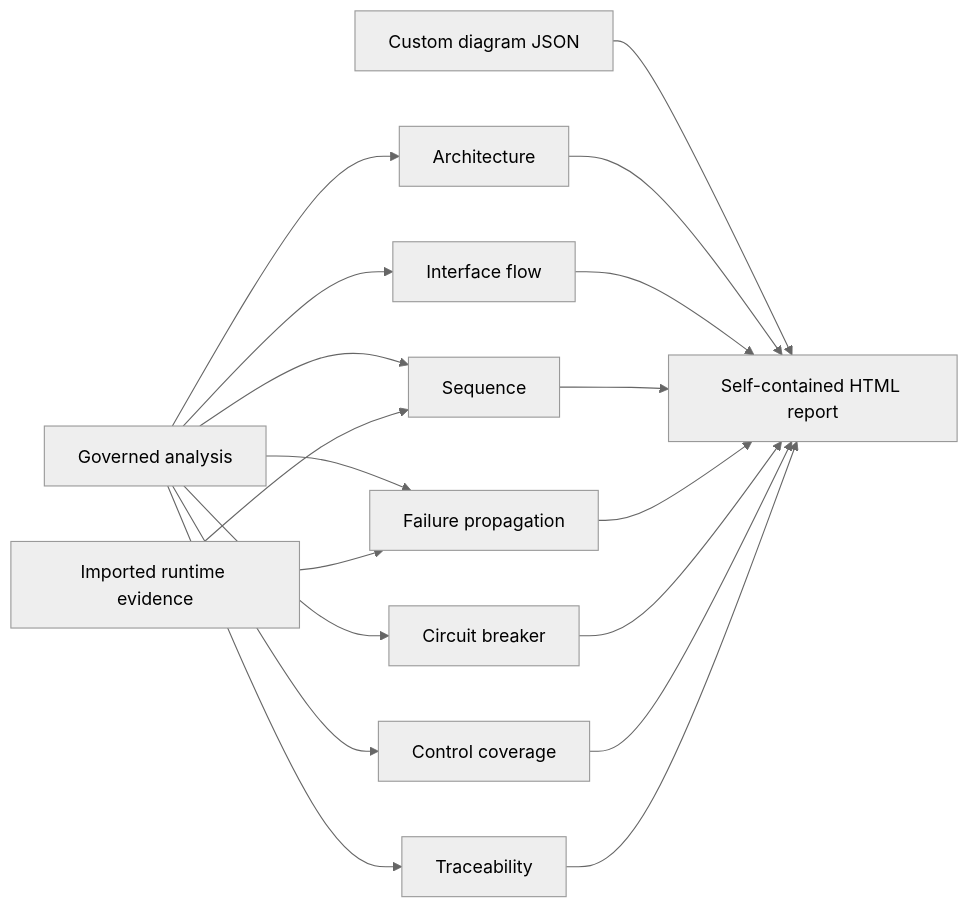
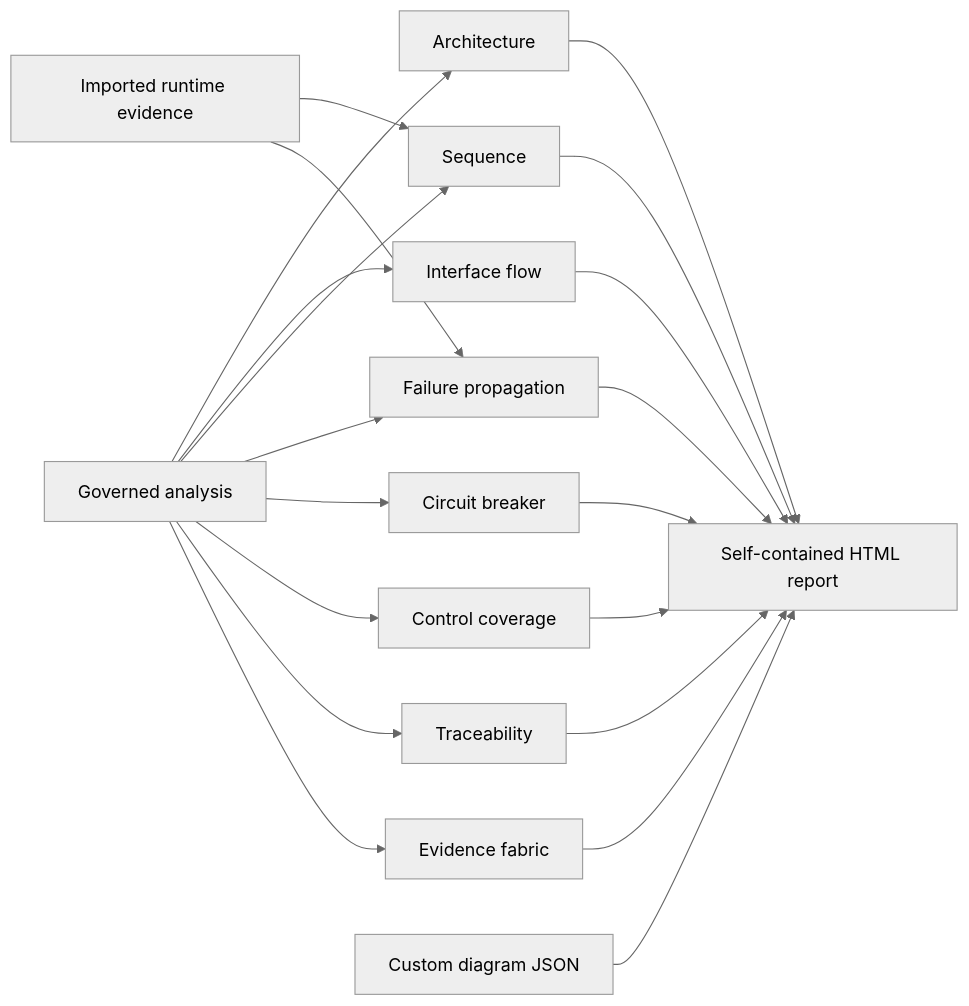
The diagram in docs/DIAGRAMS.md (willtran87/project-py-sfmea), drawn with Mermaid (neutral theme) before and after one commit. The commit also changed other lines of this file and 17 other files, not shown here.

Commit message:
Add verifiable cross-reference evidence fabric

````diff
--- a/docs/DIAGRAMS.md
+++ b/docs/DIAGRAMS.md
@@ -13,20 +13,22 @@
 ```mermaid
 flowchart LR
     A["Governed analysis"] --> AR["Architecture"]
     A --> IF["Interface flow"]
     A --> SQ["Sequence"]
     A --> FP["Failure propagation"]
     A --> CB["Circuit breaker"]
     A --> CC["Control coverage"]
     A --> TR["Traceability"]
+    A --> XR["Evidence fabric"]
     RT["Imported runtime evidence"] --> SQ
     RT --> FP
     CT["Custom diagram JSON"] --> RP["Self-contained HTML report"]
     AR --> RP
     IF --> RP
     SQ --> RP
     FP --> RP
     CB --> RP
     CC --> RP
     TR --> RP
+    XR --> RP
 ```
````
